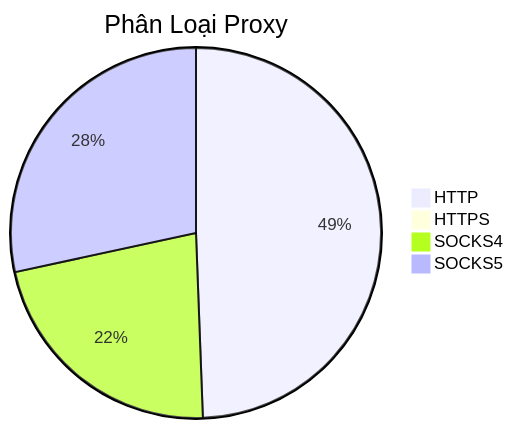
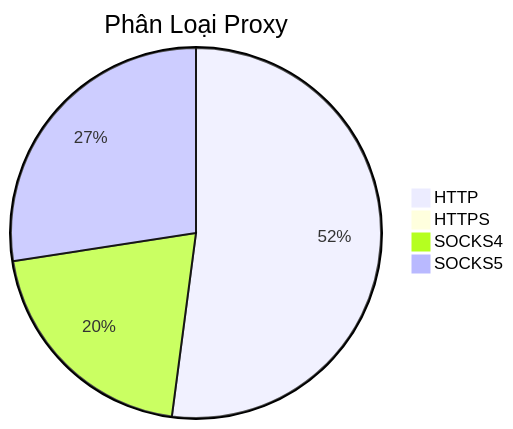
Before and after one commit to Ciara-12/PROXY-free: the diagram in README.md, drawn with Mermaid. The commit also changed other lines of this file and 4 other files, not shown here.

````diff
--- a/README.md
+++ b/README.md
@@ -26,7 +26,7 @@
 ```mermaid
 pie title Phân Loại Proxy
-    "HTTP" : 583
-    "HTTPS" : 2
-    "SOCKS4" : 262
-    "SOCKS5" : 335
+    "HTTP" : 600
+    "HTTPS" : 4
+    "SOCKS4" : 236
+    "SOCKS5" : 316
 ```
````
